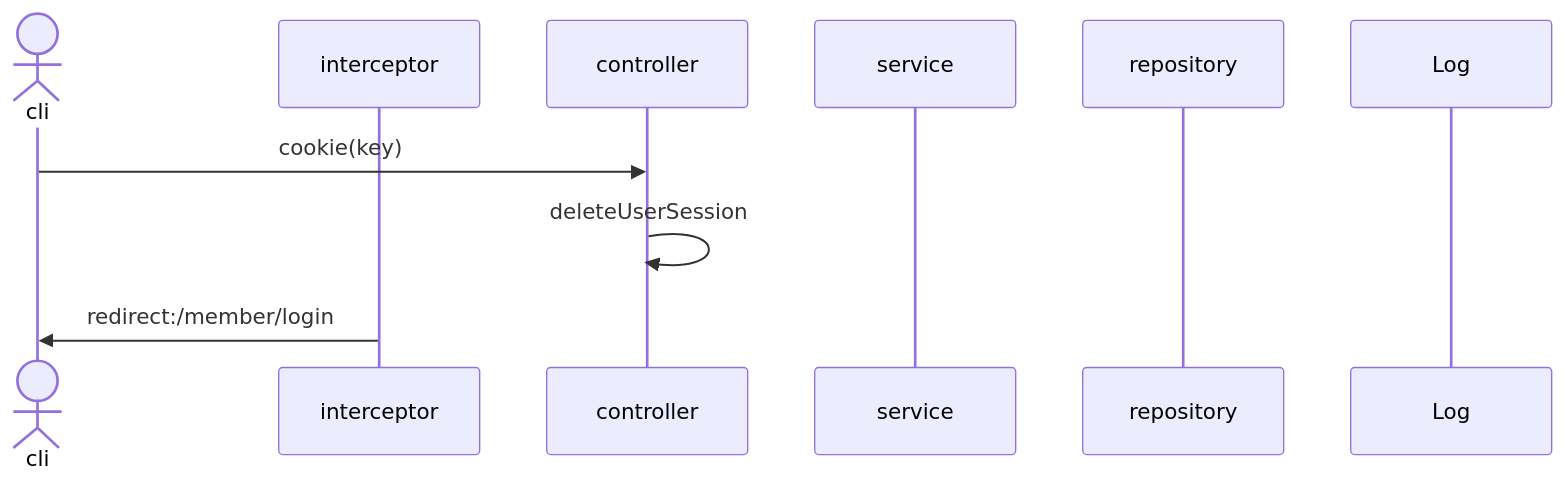
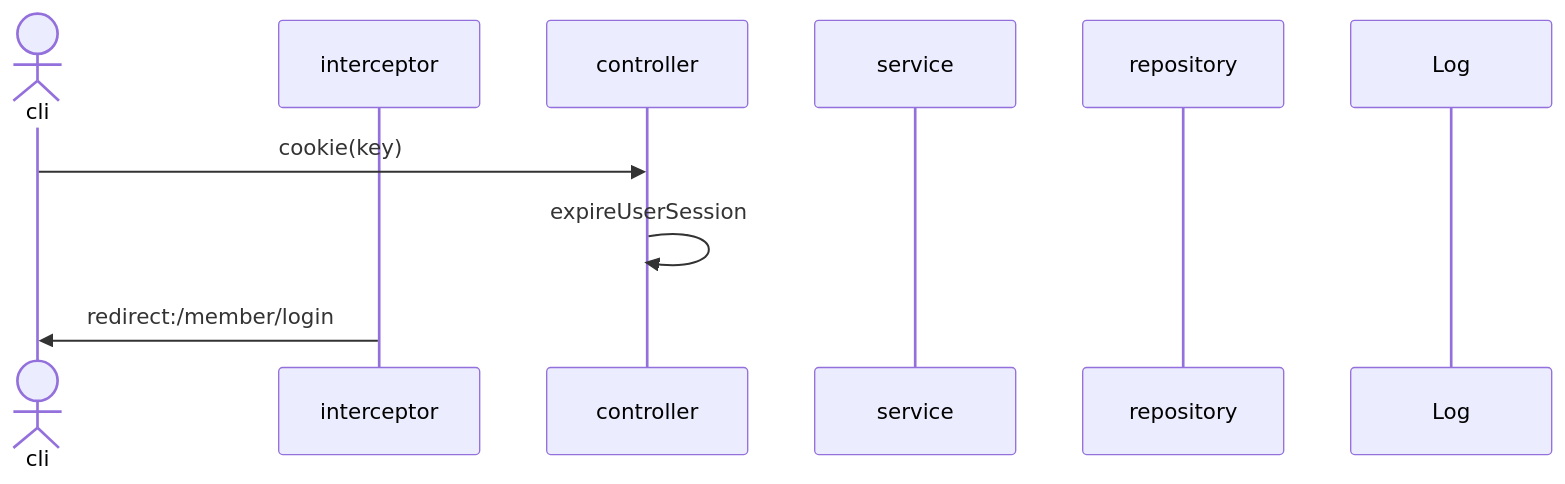
Before and after one commit to mtak0235/snsX: diagram 15 of 37 in sequence.md, drawn with Mermaid. The commit also changed other lines of this file and 5 other files, not shown here.

````diff
--- a/sequence.md
+++ b/sequence.md
@@ -428,13 +393,13 @@
 ```mermaid
 sequenceDiagram
 actor cli
 participant i as interceptor
 participant c as controller
 participant s as service
 participant r as repository
 participant l as Log
 
 cli->>c: cookie(key)
-c->>c: deleteUserSession
+c->>c: expireUserSession
 i->>cli: redirect:/member/login
 ```
````
